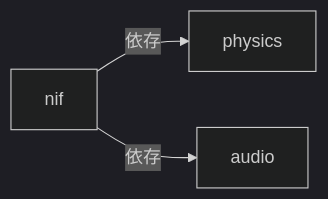
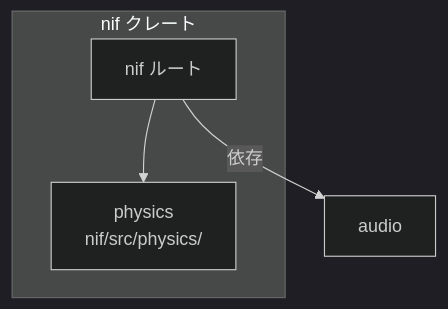
The first of 2 diagrams in docs/architecture/rust/nif.md (FRICK-ELDY/alchemy-engine), drawn with Mermaid (dark theme) before and after one commit. The commit also changed other lines of this file and 11 other files, not shown here.

````diff
--- a/docs/architecture/rust/nif.md
+++ b/docs/architecture/rust/nif.md
@@ -11,9 +13,11 @@
 ```mermaid
-graph LR
-    GN[nif]
-    GS[physics]
-    GA[audio]
+graph TB
+    subgraph NIF_CRATE[nif クレート]
+        NIF[nif ルート]
+        PHYSICS[physics<br/>nif/src/physics/]
+    end
+    AUDIO[audio]
 
-    GN -->|依存| GS
-    GN -->|依存| GA
+    NIF --> PHYSICS
+    NIF -->|依存| AUDIO
 ```
````
